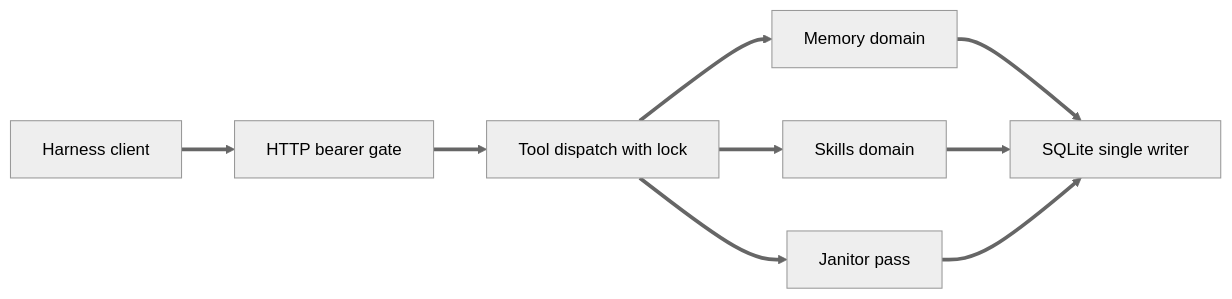
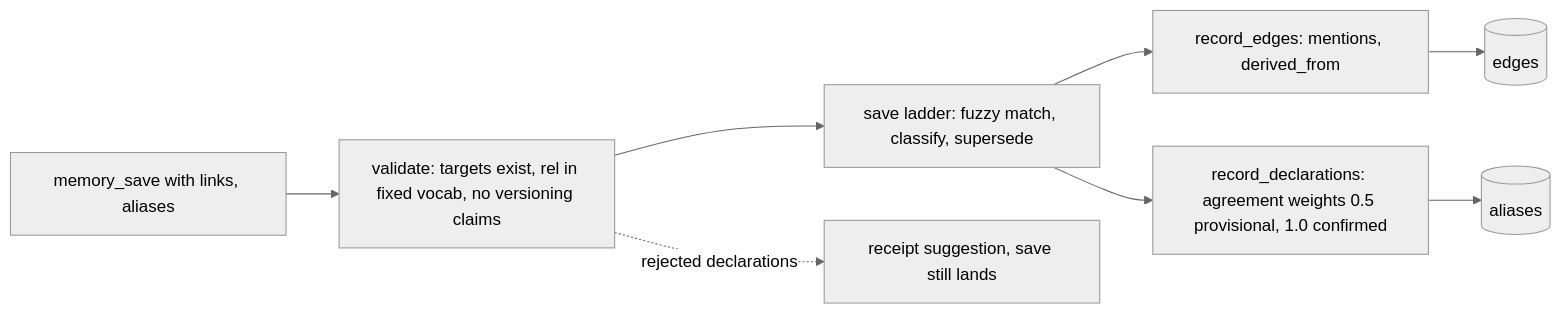
The first of 2 diagrams in README.md (heitorrosa/memo), drawn with Mermaid (neutral theme) before and after one commit. The commit also changed other lines of this file, not shown here.

````diff
--- a/README.md
+++ b/README.md
@@ -87,11 +47,10 @@
 ```mermaid
 flowchart LR
-  A[Harness client] ==> B[HTTP bearer gate]
-  B ==> C[Tool dispatch with lock]
-  C ==> D[Memory domain]
-  C ==> E[Skills domain]
-  D ==> F[SQLite single writer]
-  E ==> F
-  C ==> G[Janitor pass]
-  G ==> F
+    A[memory_save with links, aliases] --> B[validate: targets exist, rel in fixed vocab, no versioning claims]
+    B --> C[save ladder: fuzzy match, classify, supersede]
+    C --> D[record_edges: mentions, derived_from]
+    C --> E[record_declarations: agreement weights 0.5 provisional, 1.0 confirmed]
+    D --> F[(edges)]
+    E --> G[(aliases)]
+    B -. rejected declarations .-> H[receipt suggestion, save still lands]
 ```
````
